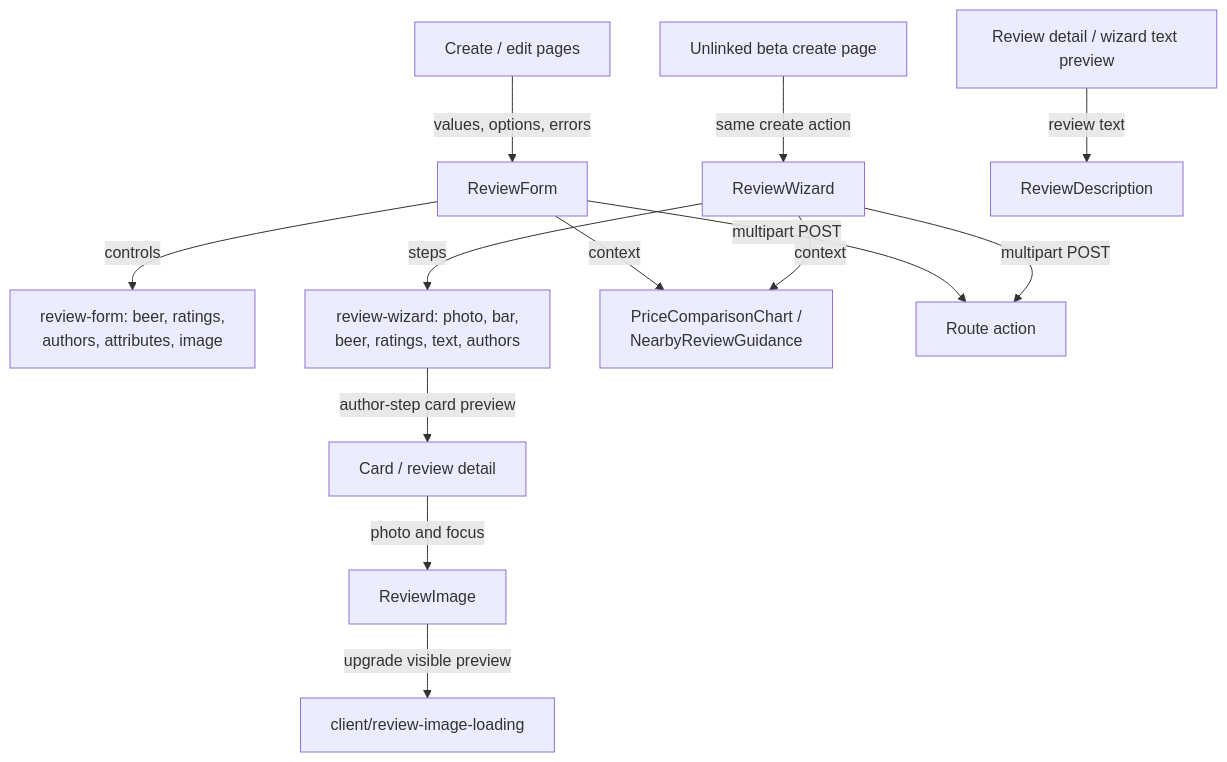
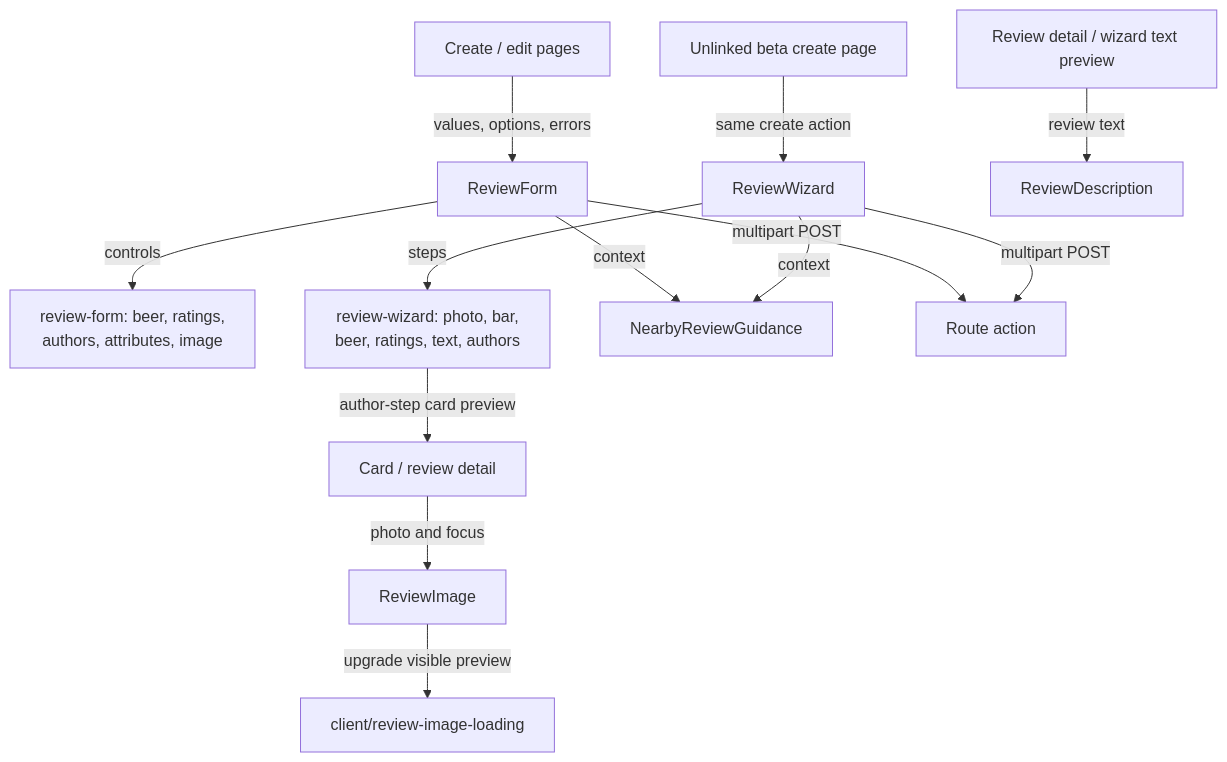
The first of 2 diagrams in src/lib/components/README.md (jonathan-lindqvist/enstorstarkreview), drawn with Mermaid before and after one commit. The commit also changed 18 other files, not shown here.

````diff
--- a/src/lib/components/README.md
+++ b/src/lib/components/README.md
@@ -10,15 +10,15 @@
 ```mermaid
 flowchart TD
     Pages["Create / edit pages"] -->|"values, options, errors"| Form["ReviewForm"]
     Beta["Unlinked beta create page"] -->|"same create action"| Wizard["ReviewWizard"]
     Form -->|"controls"| Fields["review-form: beer, ratings,<br/>authors, attributes, image"]
     Wizard -->|"steps"| Steps["review-wizard: photo, bar,<br/>beer, ratings, text, authors"]
-    Form -->|"context"| Guidance["PriceComparisonChart /<br/>NearbyReviewGuidance"]
+    Form -->|"context"| Guidance["NearbyReviewGuidance"]
     Wizard -->|"context"| Guidance
     Form -->|"multipart POST"| Save["Route action"]
     Wizard -->|"multipart POST"| Save
     Steps -->|"author-step card preview"| Cards["Card / review detail"]
     Cards -->|"photo and focus"| Image["ReviewImage"]
     Image -->|"upgrade visible preview"| Loader["client/review-image-loading"]
     Detail["Review detail / wizard text preview"] -->|"review text"| Text["ReviewDescription"]
 ```
````
